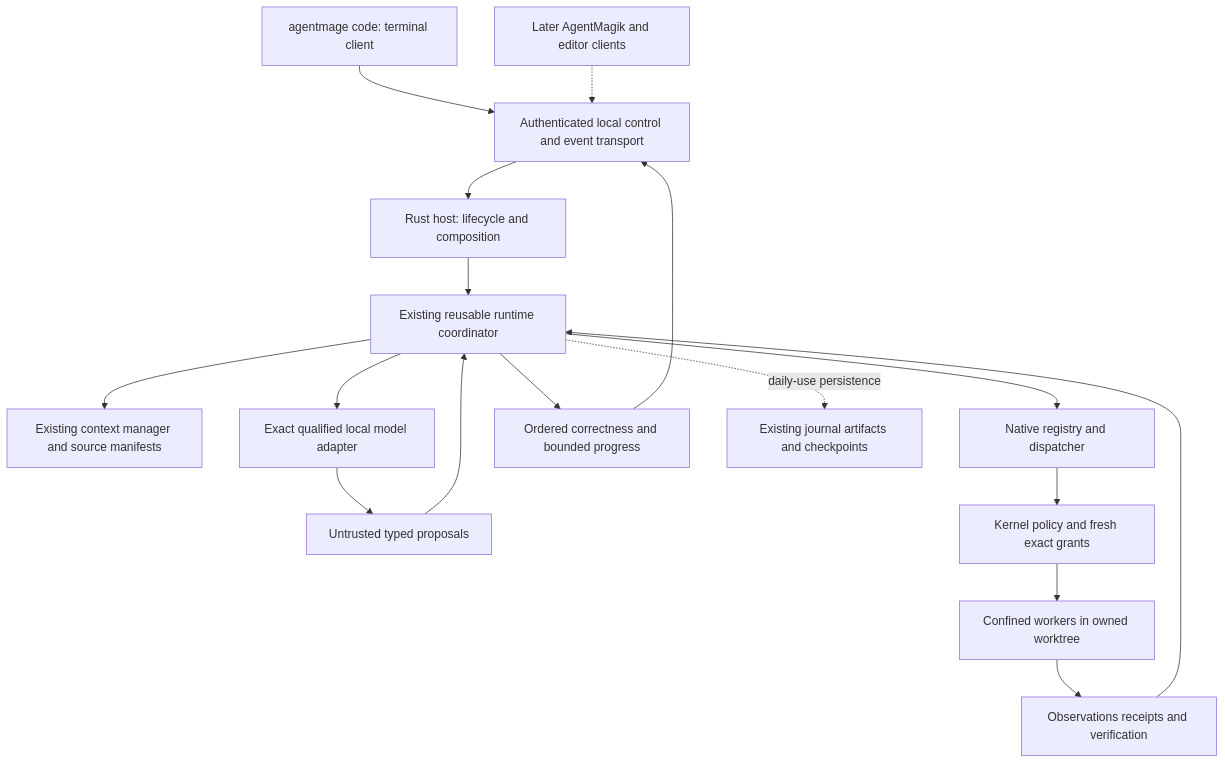
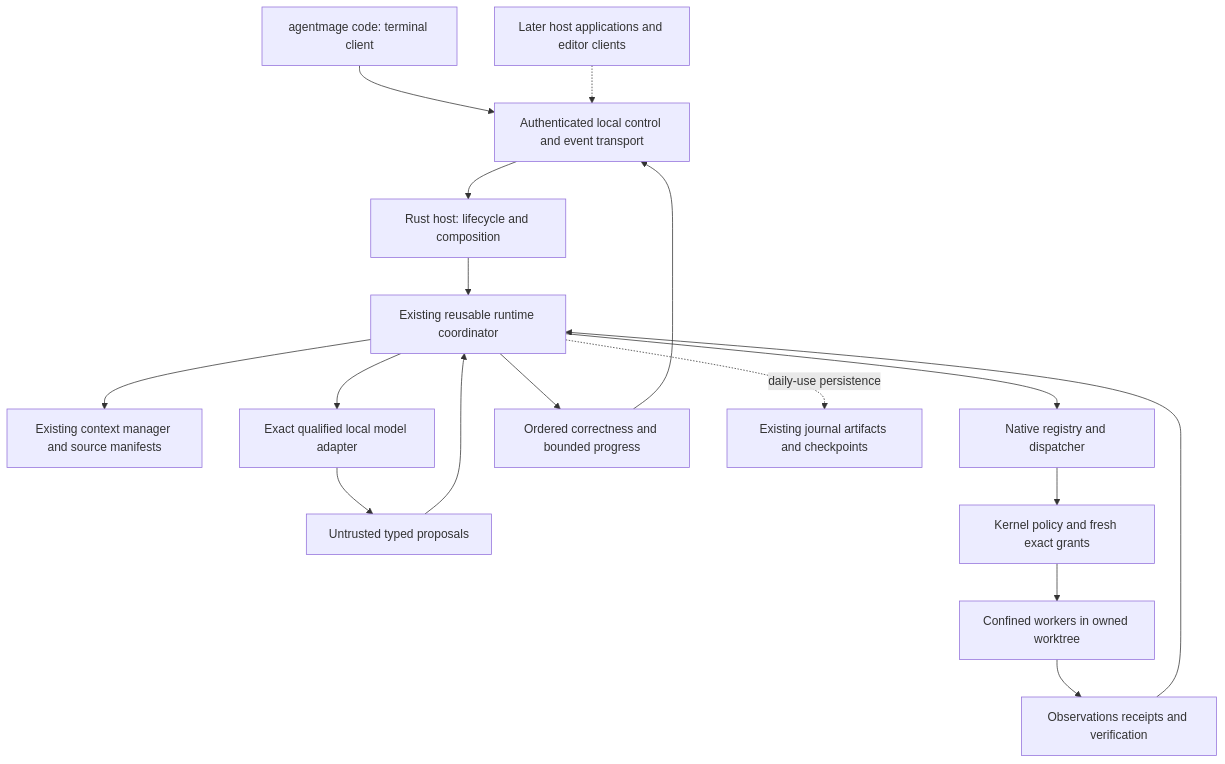
The diagram in docs/architecture/standalone-coding-harness.md (AaronNHorvitz/AgentMage), drawn with Mermaid before and after one commit. The commit also changed other lines of this file and 16 other files, not shown here.

Commit message:
Reconcile expanded Rust roadmap and historical evidence freshness

````diff
--- a/docs/architecture/standalone-coding-harness.md
+++ b/docs/architecture/standalone-coding-harness.md
@@ -56,19 +60,19 @@
 ```mermaid
 flowchart TB
     CLI["agentmage code: terminal client"] --> IPC["Authenticated local control and event transport"]
-    UI["Later AgentMagik and editor clients"] -.-> IPC
+    UI["Later host applications and editor clients"] -.-> IPC
     IPC --> HOST["Rust host: lifecycle and composition"]
     HOST --> RUN["Existing reusable runtime coordinator"]
     RUN --> CTX["Existing context manager and source manifests"]
     RUN --> MODEL["Exact qualified local model adapter"]
     MODEL --> PROP["Untrusted typed proposals"]
     PROP --> RUN
     RUN --> TOOLS["Native registry and dispatcher"]
     TOOLS --> POLICY["Kernel policy and fresh exact grants"]
     POLICY --> WORK["Confined workers in owned worktree"]
     WORK --> OBS["Observations receipts and verification"]
     OBS --> RUN
     RUN --> EVENT["Ordered correctness and bounded progress"]
     EVENT --> IPC
     RUN -. "daily-use persistence" .-> STORE["Existing journal artifacts and checkpoints"]
 ```
````
